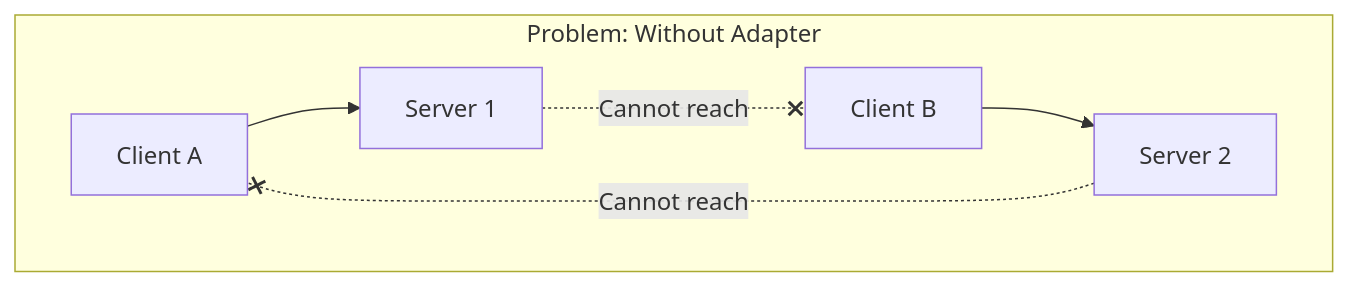
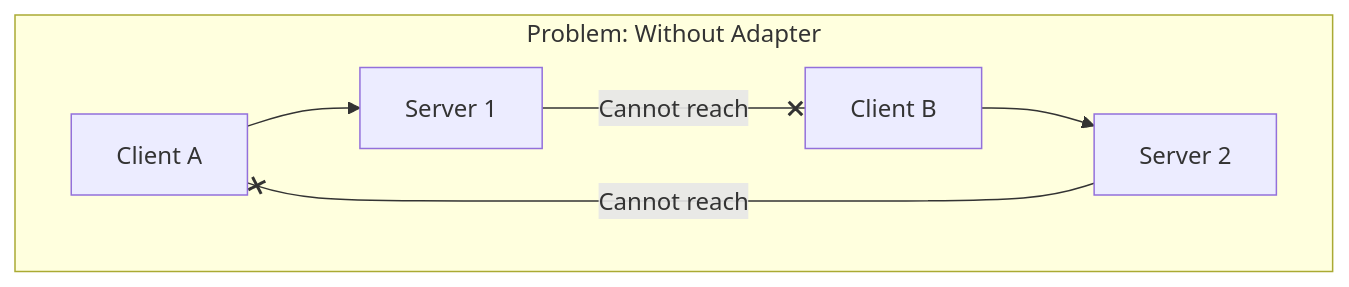
One commit to OneUptime/blog changed the first of 3 diagrams in posts/2026-01-24-socketio-multiple-servers/README.md. Above: the diagram before and after it, drawn with Mermaid. The commit also changed other lines of this file and 2 other files, not shown here.

````diff
--- a/posts/2026-01-24-socketio-multiple-servers/README.md
+++ b/posts/2026-01-24-socketio-multiple-servers/README.md
@@ -17,9 +17,9 @@
 ```mermaid
 flowchart TB
     subgraph Problem: Without Adapter
         C1[Client A] --> S1[Server 1]
         C2[Client B] --> S2[Server 2]
-        S1 -.-x|Cannot reach| C2
-        S2 -.-x|Cannot reach| C1
+        S1 --x|Cannot reach| C2
+        S2 --x|Cannot reach| C1
     end
 ```
````
